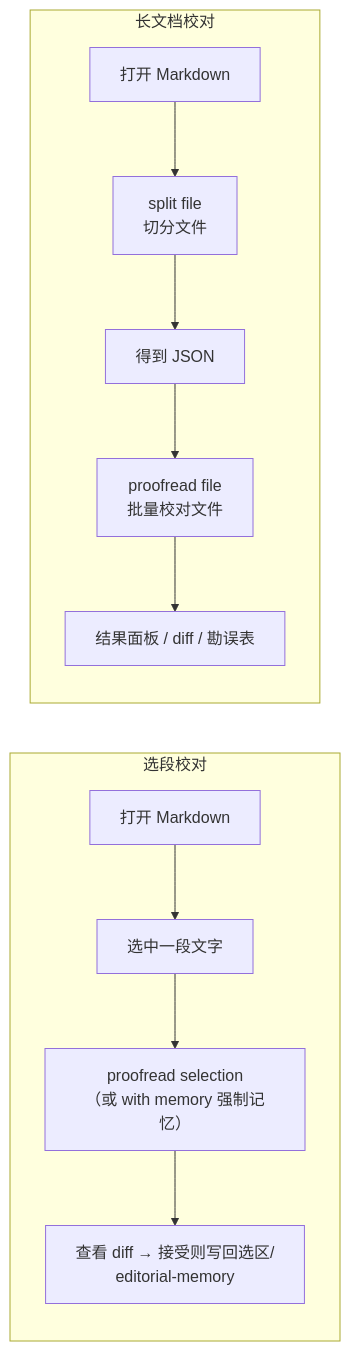
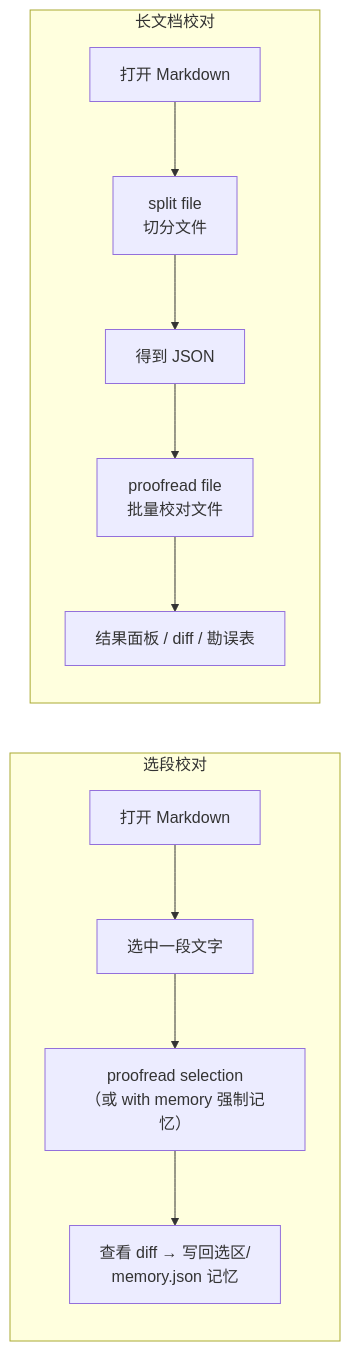
One commit to Fusyong/ai-proofread-vscode-extension changed the first of 5 diagrams in docs/commands-cheatsheet.md. Above: the diagram before and after it, drawn with Mermaid. The commit also changed 17 other files, not shown here.

````diff
--- a/docs/commands-cheatsheet.md
+++ b/docs/commands-cheatsheet.md
@@ -115,19 +115,19 @@
 ```mermaid
 flowchart LR
     subgraph 方式一["选段校对"]
         S1["打开 Markdown"]
         S2["选中一段文字"]
         S3["proofread selection<br/>（或 with memory 强制记忆）"]
-        S4["查看 diff → 接受则写回选区/<br/>editorial-memory"]
+        S4["查看 diff → 写回选区/<br/>memory.json 记忆"]
         S1 --> S2 --> S3 --> S4
     end
 
     subgraph 方式二["长文档校对"]
         L1["打开 Markdown"]
         L2["split file <br> 切分文件"]
         L3["得到 JSON"]
         L4["proofread file <br> 批量校对文件"]
         L5["结果面板 / diff / 勘误表"]
         L1 --> L2 --> L3 --> L4 --> L5
     end
 ```
````
